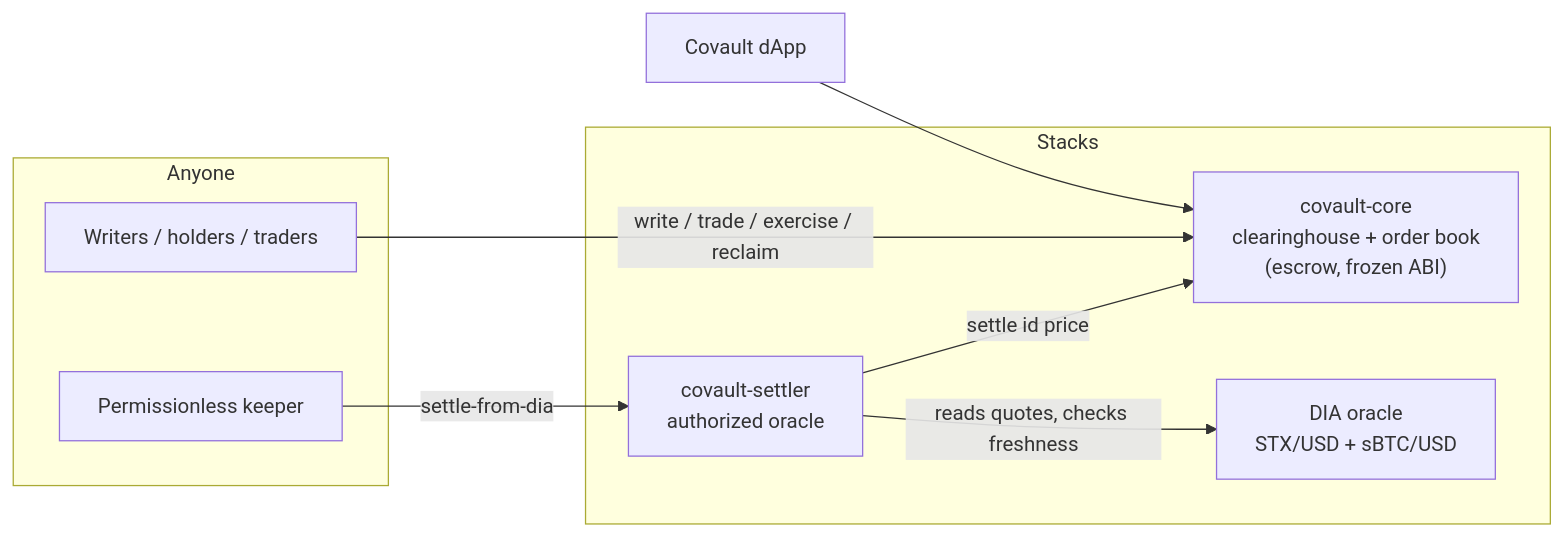
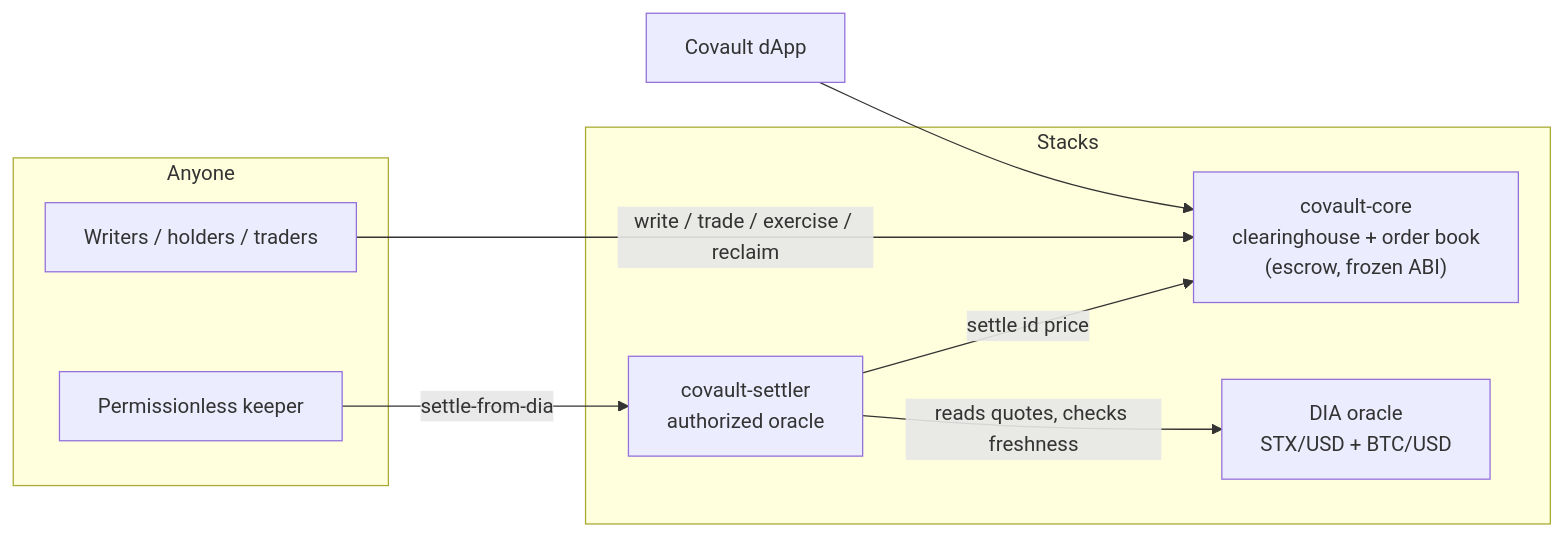
One commit to senga-alt/covault changed the diagram in README.md. Above: the diagram before and after it, drawn with Mermaid. The commit also changed other lines of this file and 10 other files, not shown here.

````diff
--- a/README.md
+++ b/README.md
@@ -60,17 +60,17 @@
 ```mermaid
 flowchart LR
     subgraph users [Anyone]
         W[Writers / holders / traders]
         K[Permissionless keeper]
     end
     subgraph chain [Stacks]
         CORE["covault-core\nclearinghouse + order book\n(escrow, frozen ABI)"]
         SET["covault-settler\nauthorized oracle"]
-        DIA["DIA oracle\nSTX/USD + sBTC/USD"]
+        DIA["DIA oracle\nSTX/USD + BTC/USD"]
     end
     APP[Covault dApp] --> CORE
     W -->|write / trade / exercise / reclaim| CORE
     K -->|settle-from-dia| SET
     SET -->|reads quotes, checks freshness| DIA
     SET -->|settle id price| CORE
 ```
````
